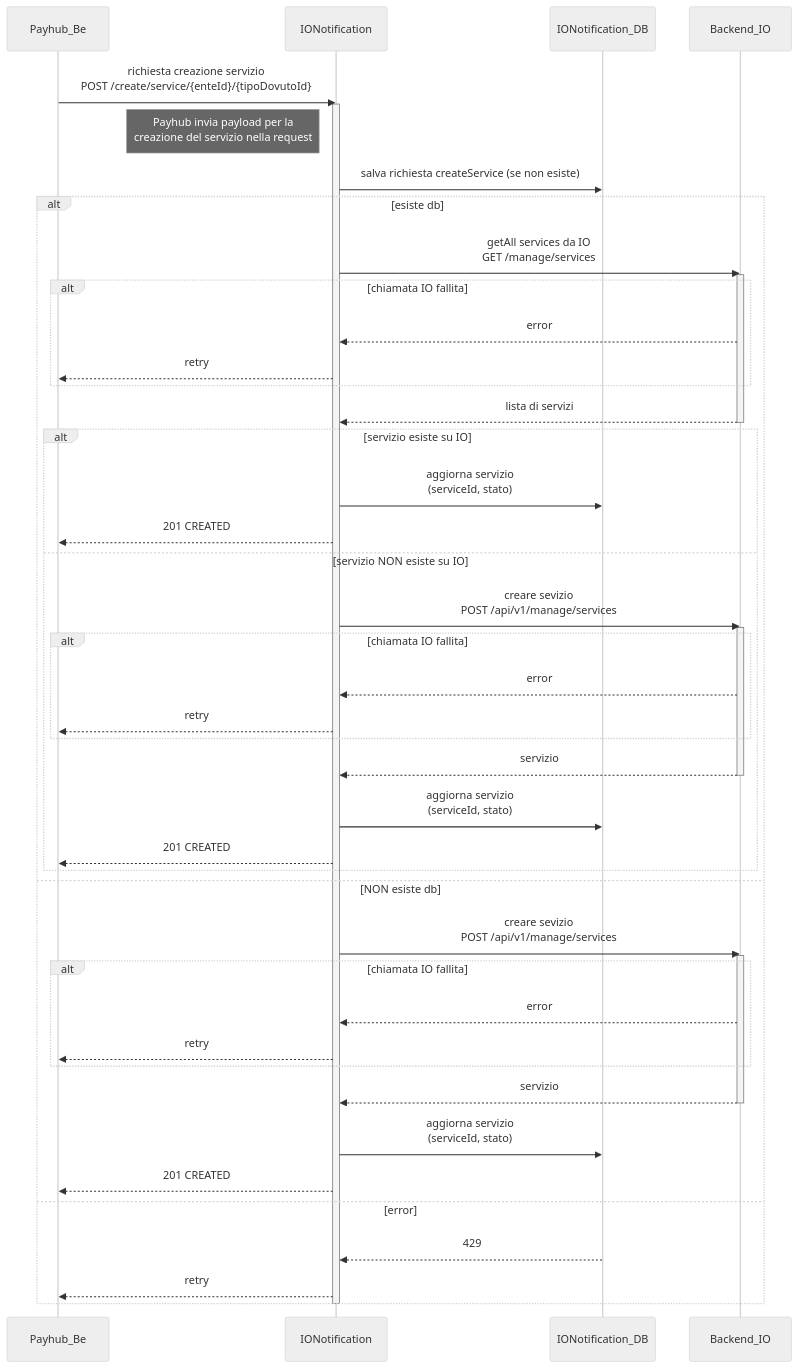
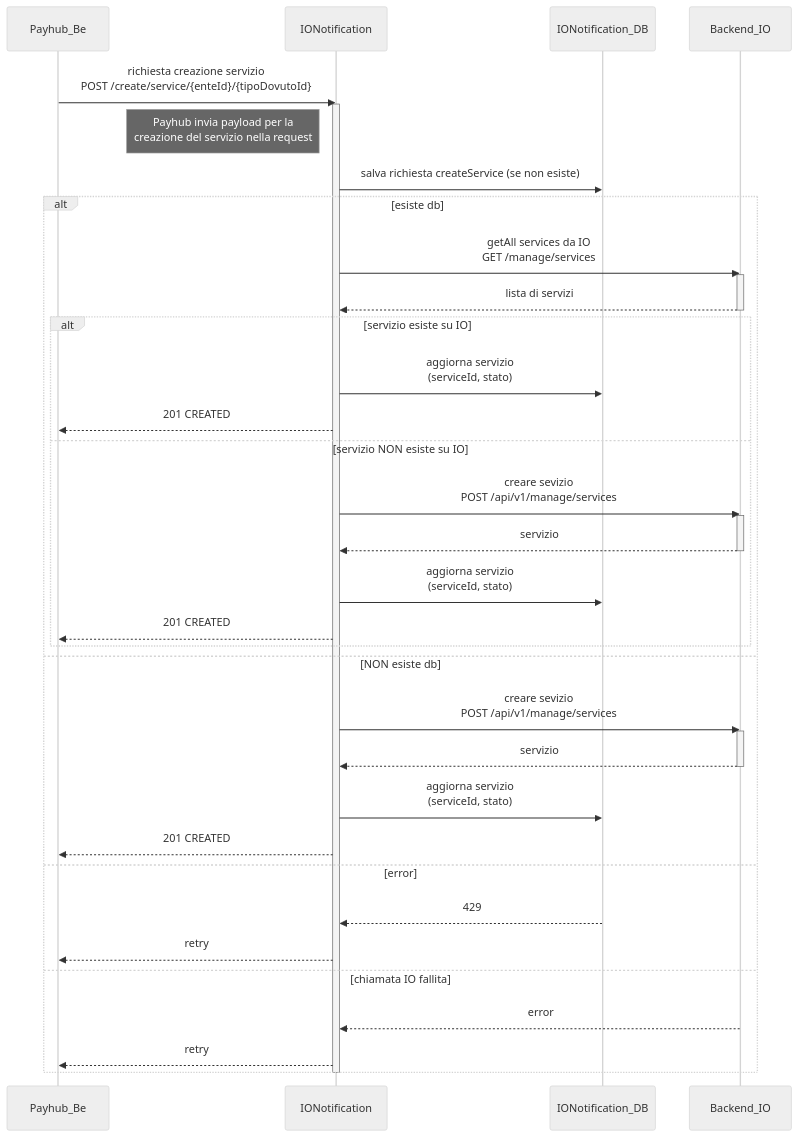
Before and after one commit to pagopa/p4pa-doc: the diagram in design/io-notification/sequence_createService.mmd, drawn with Mermaid (neutral theme).

Commit message:
P4ADEV-454-sequences-io-notification

```diff
--- a/design/io-notification/sequence_createService.mmd
+++ b/design/io-notification/sequence_createService.mmd
@@ -1,61 +1,51 @@
 sequenceDiagram
     participant Payhub_Be
     participant IONotification
     participant IONotification_DB
     participant Backend_IO
 
     Payhub_Be ->> IONotification: richiesta creazione servizio <br/>POST /create/service/{enteId}/{tipoDovutoId}
     activate IONotification
     note left of IONotification: Payhub invia payload per la <br/>creazione del servizio nella request
     IONotification ->> IONotification_DB: salva richiesta createService (se non esiste)
 
     alt esiste db
         IONotification ->> Backend_IO: getAll services da IO <br/>GET /manage/services
+
         activate Backend_IO
-
-        alt chiamata IO fallita
-            Backend_IO -->> IONotification: error
-            IONotification -->> Payhub_Be: retry
-        end
-
-        Backend_IO -->> IONotification: lista di servizi
+            Backend_IO -->> IONotification: lista di servizi
         deactivate Backend_IO
 
         alt servizio esiste su IO
             IONotification ->> IONotification_DB: aggiorna servizio <br/>(serviceId, stato)
             IONotification -->> Payhub_Be: 201 CREATED
         else servizio NON esiste su IO
             IONotification ->> Backend_IO: creare sevizio <br/>POST /api/v1/manage/services
+
             activate Backend_IO
+                Backend_IO -->> IONotification: servizio
+            deactivate Backend_IO
 
-            alt chiamata IO fallita
-                Backend_IO -->> IONotification: error
-                IONotification -->> Payhub_Be: retry
-            end
-
-            Backend_IO -->> IONotification: servizio
-            deactivate Backend_IO
             IONotification ->> IONotification_DB: aggiorna servizio <br/>(serviceId, stato)
             IONotification -->> Payhub_Be: 201 CREATED
         end
 
     else NON esiste db
         IONotification ->> Backend_IO: creare sevizio <br/>POST /api/v1/manage/services
+
         activate Backend_IO
+            Backend_IO -->> IONotification: servizio
+        deactivate Backend_IO
 
-        alt chiamata IO fallita
-            Backend_IO -->> IONotification: error
-            IONotification -->> Payhub_Be: retry
-        end
-
-        Backend_IO -->> IONotification: servizio
-        deactivate Backend_IO
         IONotification ->> IONotification_DB: aggiorna servizio <br/>(serviceId, stato)
         IONotification -->> Payhub_Be: 201 CREATED
 
     else error
         IONotification_DB -->> IONotification: 429
         IONotification -->> Payhub_Be: retry
+    else chiamata IO fallita
+        Backend_IO -->> IONotification: error
+        IONotification -->> Payhub_Be: retry
     end
 
     deactivate IONotification
```
